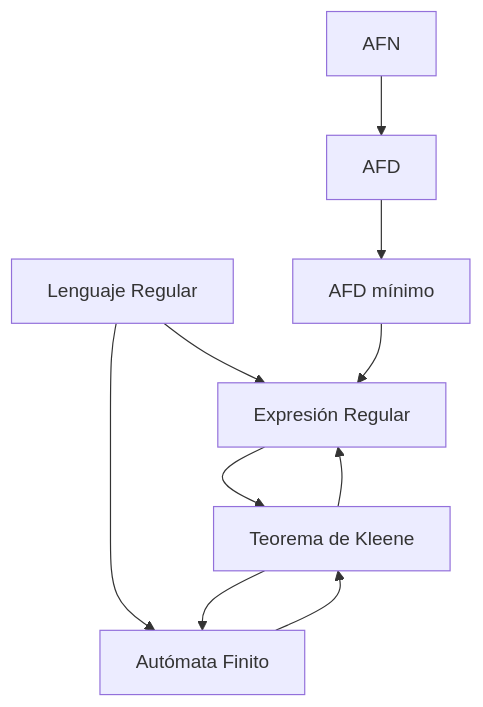
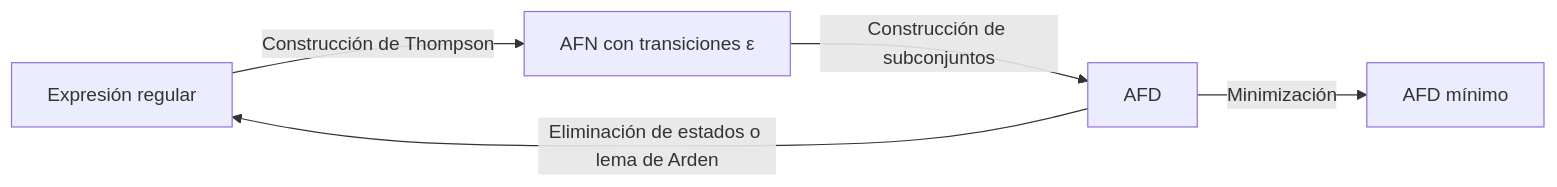
Before and after one commit to djaimej/computer-science-template: the diagram in public/documents/semester-4/1/4113.md, drawn with Mermaid. The commit also changed other lines of this file and 8 other files, not shown here.

````diff
--- a/public/documents/semester-4/1/4113.md
+++ b/public/documents/semester-4/1/4113.md
@@ -56,13 +76,7 @@
 ```mermaid
-graph TD
-    A[Lenguaje Regular] --> B[Expresión Regular]
-    A --> C[Autómata Finito]
-    B --> D[Teorema de Kleene]
-    C --> D
-    D --> B
-    D --> C
-
-    E[AFN] --> F[AFD]
-    F --> G[AFD mínimo]
-    G --> B
+graph LR
+    A[Expresión regular] -->|Construcción de Thompson| B[AFN con transiciones ε]
+    B -->|Construcción de subconjuntos| C[AFD]
+    C -->|Minimización| D[AFD mínimo]
+    C -->|Eliminación de estados o lema de Arden| A
 ```
````
